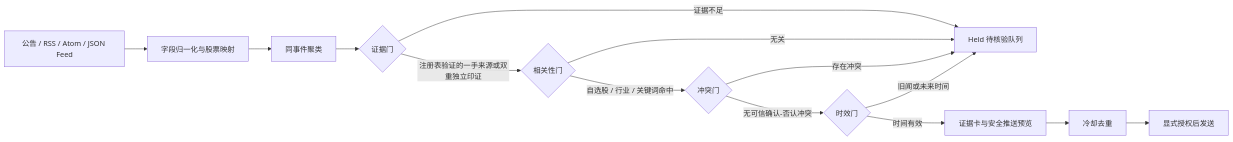
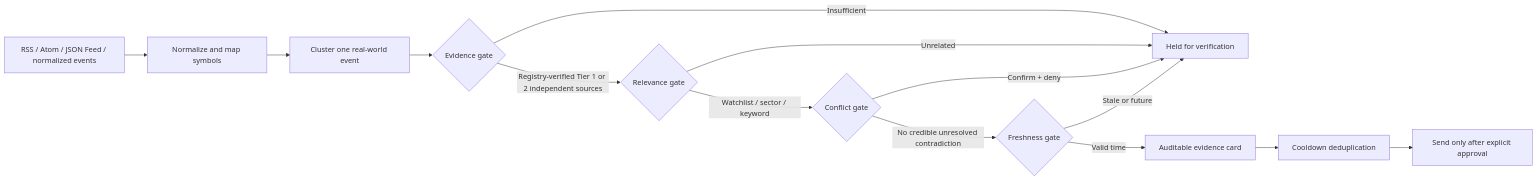
One commit to FullFighting/a-share-evidence-radar changed the diagram in README.md. Above: the diagram before and after it, drawn with Mermaid. The commit also changed other lines of this file and 10 other files, not shown here.

````diff
--- a/README.md
+++ b/README.md
@@ -92,16 +74,16 @@
 ```mermaid
 flowchart LR
-    A["公告 / RSS / Atom / JSON Feed"] --> B["字段归一化与股票映射"]
-    B --> C["同事件聚类"]
-    C --> D{"证据门"}
-    D -->|"注册表验证的一手来源或双重独立印证"| E{"相关性门"}
-    D -->|"证据不足"| H["Held 待核验队列"]
-    E -->|"自选股 / 行业 / 关键词命中"| F{"冲突门"}
-    E -->|"无关"| H
-    F -->|"无可信确认-否认冲突"| K{"时效门"}
-    F -->|"存在冲突"| H
-    K -->|"时间有效"| G["证据卡与安全推送预览"]
-    K -->|"旧闻或未来时间"| H
-    G --> I["冷却去重"]
-    I --> J["显式授权后发送"]
+    A["RSS / Atom / JSON Feed / normalized events"] --> B["Normalize and map symbols"]
+    B --> C["Cluster one real-world event"]
+    C --> D{"Evidence gate"}
+    D -->|"Registry-verified Tier 1 or 2 independent sources"| E{"Relevance gate"}
+    D -->|"Insufficient"| H["Held for verification"]
+    E -->|"Watchlist / sector / keyword"| F{"Conflict gate"}
+    E -->|"Unrelated"| H
+    F -->|"No credible unresolved contradiction"| K{"Freshness gate"}
+    F -->|"Confirm + deny"| H
+    K -->|"Valid time"| G["Auditable evidence card"]
+    K -->|"Stale or future"| H
+    G --> I["Cooldown deduplication"]
+    I --> J["Send only after explicit approval"]
 ```
````
